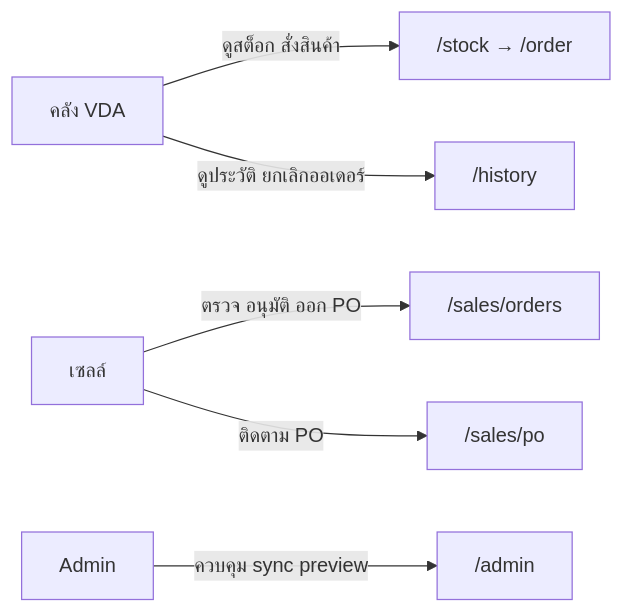
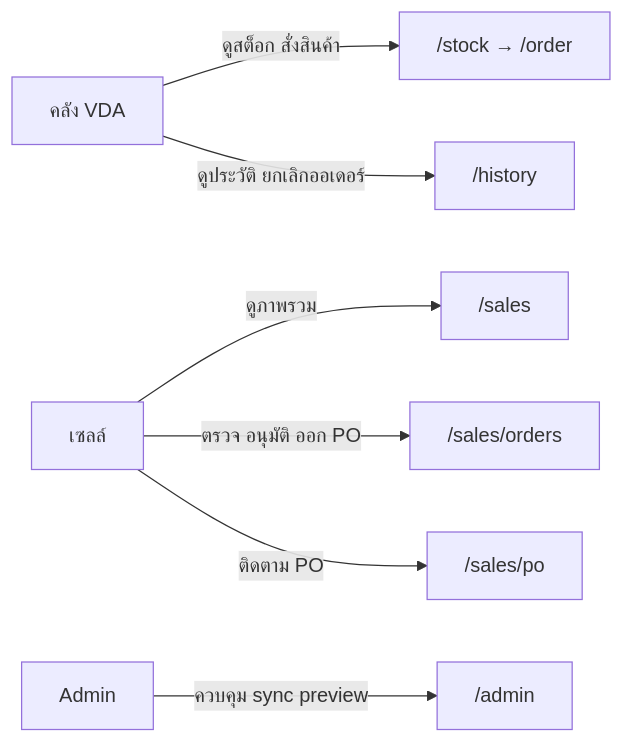
One commit to jintanabp/VMI changed the diagram in docs/wiki/00-home.md. Above: the diagram before and after it, drawn with Mermaid. The commit also changed other lines of this file and 14 other files, not shown here.

````diff
--- a/docs/wiki/00-home.md
+++ b/docs/wiki/00-home.md
@@ -42,8 +53,9 @@
 ```mermaid
 flowchart LR
     VDA["คลัง VDA"] -->|ดูสต็อก สั่งสินค้า| Stock["/stock → /order"]
     VDA -->|ดูประวัติ ยกเลิกออเดอร์| History["/history"]
-    Sales["เซลล์"] -->|ตรวจ อนุมัติ ออก PO| Orders["/sales/orders"]
+    Sales["เซลล์"] -->|ดูภาพรวม| Dash["/sales"]
+    Sales -->|ตรวจ อนุมัติ ออก PO| Orders["/sales/orders"]
     Sales -->|ติดตาม PO| Po["/sales/po"]
     Admin["Admin"] -->|ควบคุม sync preview| AdminPage["/admin"]
 ```
````
